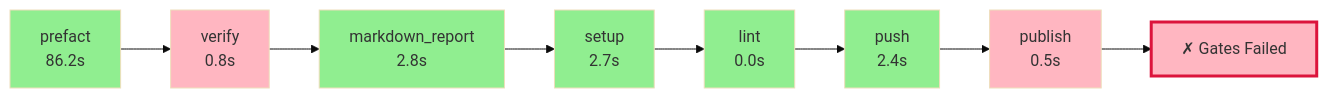
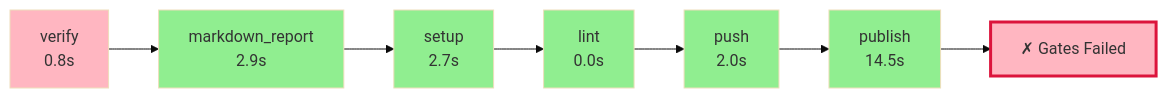
The diagram in .pyqual/report.md (wronai/fixos), drawn with Mermaid (base theme) before and after one commit. The commit also changed other lines of this file and 5 other files, not shown here.

````diff
--- a/.pyqual/report.md
+++ b/.pyqual/report.md
@@ -10,26 +10,23 @@
 ```mermaid
 flowchart LR
-    S0["prefact<br/>86.2s"]
-    style S0 fill:#90EE90
-    S1["verify<br/>0.8s"]
-    style S1 fill:#FFB6C1
+    S0["verify<br/>0.8s"]
+    style S0 fill:#FFB6C1
+    S1["markdown_report<br/>2.9s"]
+    style S1 fill:#90EE90
     S0 --> S1
-    S2["markdown_report<br/>2.8s"]
+    S2["setup<br/>2.7s"]
     style S2 fill:#90EE90
     S1 --> S2
-    S3["setup<br/>2.7s"]
+    S3["lint<br/>0.0s"]
     style S3 fill:#90EE90
     S2 --> S3
-    S4["lint<br/>0.0s"]
+    S4["push<br/>2.0s"]
     style S4 fill:#90EE90
     S3 --> S4
-    S5["push<br/>2.4s"]
+    S5["publish<br/>14.5s"]
     style S5 fill:#90EE90
     S4 --> S5
-    S6["publish<br/>0.5s"]
-    style S6 fill:#FFB6C1
-    S5 --> S6
     G["✗ Gates Failed"]
     style G fill:#FFB6C1,stroke:#DC143C,stroke-width:3px
-    S6 --> G
+    S5 --> G
 ```
````
